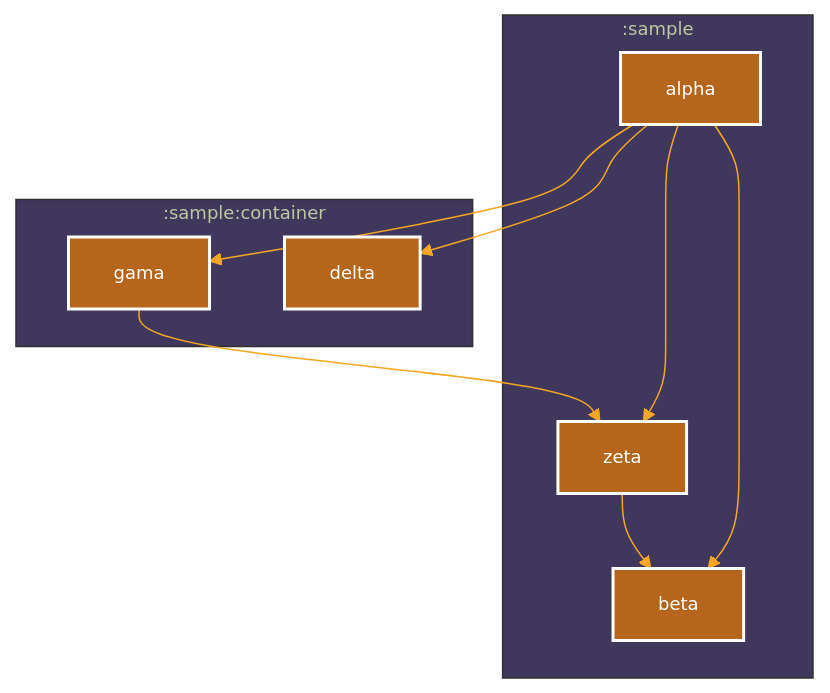
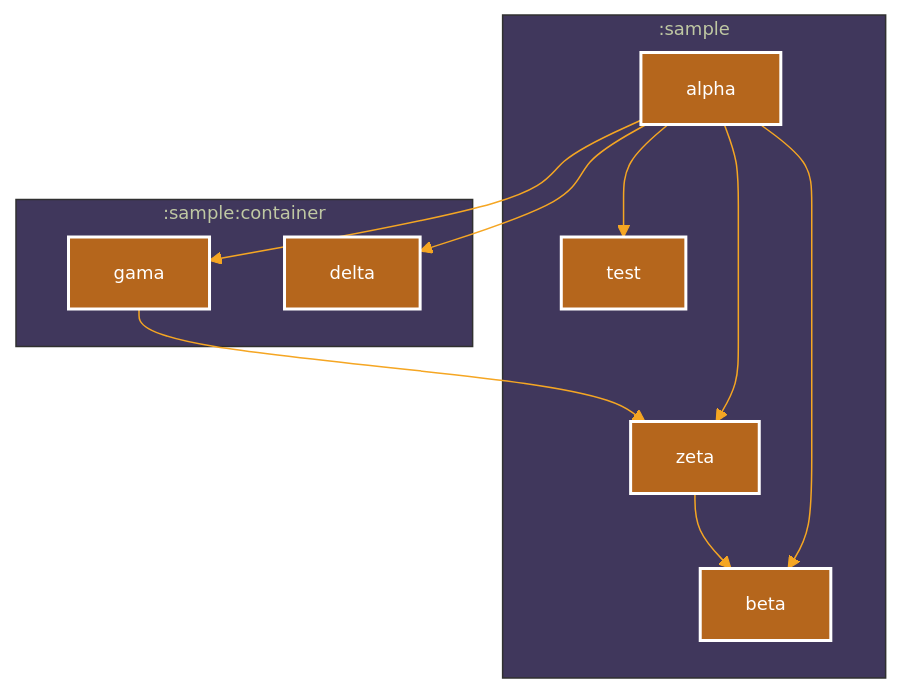
One commit to iurysza/module-graph changed the first of 2 diagrams in sample/README.md. Above: the diagram before and after it, drawn with Mermaid. The commit also changed other lines of this file and 12 other files, not shown here.

````diff
--- a/sample/README.md
+++ b/sample/README.md
@@ -20,33 +20,36 @@
 ```mermaid
 %%{
   init: {
     'theme': 'base',
     'themeVariables': {"primaryTextColor":"#F6F8FAff","primaryColor":"#5a4f7c","primaryBorderColor":"#5a4f7c","tertiaryColor":"#40375c","lineColor":"#f5a623","fontSize":"12px"}
   }
 }%%
 
 graph TB
   subgraph :sample
     :sample:zeta["zeta"]
     :sample:beta["beta"]
     :sample:alpha["alpha"]
+    :sample:test["test"]
   end
   subgraph :sample:container
     :sample:container:gama["gama"]
     :sample:container:delta["delta"]
   end
   :sample:container:gama --> :sample:zeta
   :sample:zeta --> :sample:beta
   :sample:alpha --> :sample:zeta
   :sample:alpha --> :sample:beta
   :sample:alpha --> :sample:container:gama
   :sample:alpha --> :sample:container:delta
+  :sample:alpha --> :sample:test
 
 classDef java fill:#B5661C,stroke:#fff,stroke-width:2px,color:#fff;
 class :sample:container:gama java
 class :sample:zeta java
 class :sample:beta java
 class :sample:alpha java
 class :sample:container:delta java
+class :sample:test java
 
 ```
````
